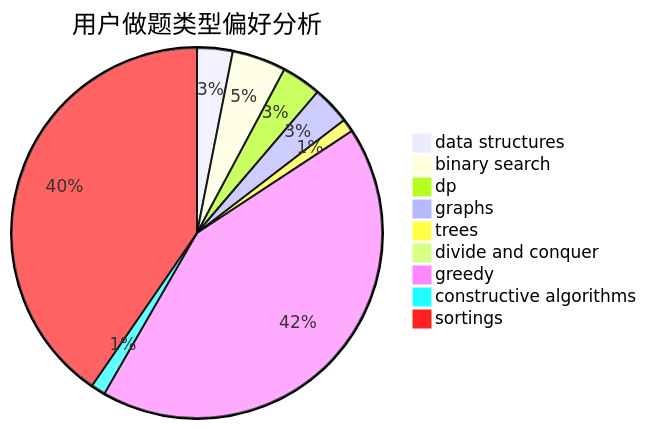
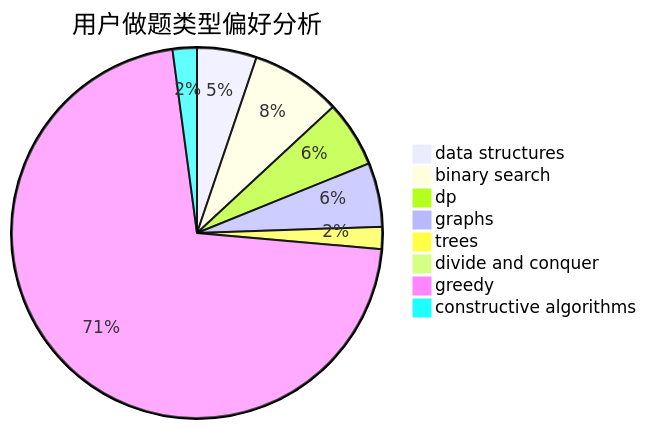
One commit to sherpahu/cfrs.github.io changed the second of 3 diagrams in docs/user/u2236.md. Above: the diagram before and after it, drawn with Mermaid. The commit also changed other lines of this file and 2769 other files, not shown here.

````diff
--- a/docs/user/u2236.md
+++ b/docs/user/u2236.md
@@ -18,12 +18,11 @@
 ```mermaid
 pie title 用户做题类型偏好分析
     "data structures" :  27
     "binary search" :  41
     "dp" :  30
     "graphs" :  29
     "trees" :  10
     "divide and conquer" :  5
     "greedy" :  371
     "constructive algorithms" :  11
-    "sortings" :  352
 ```
````
